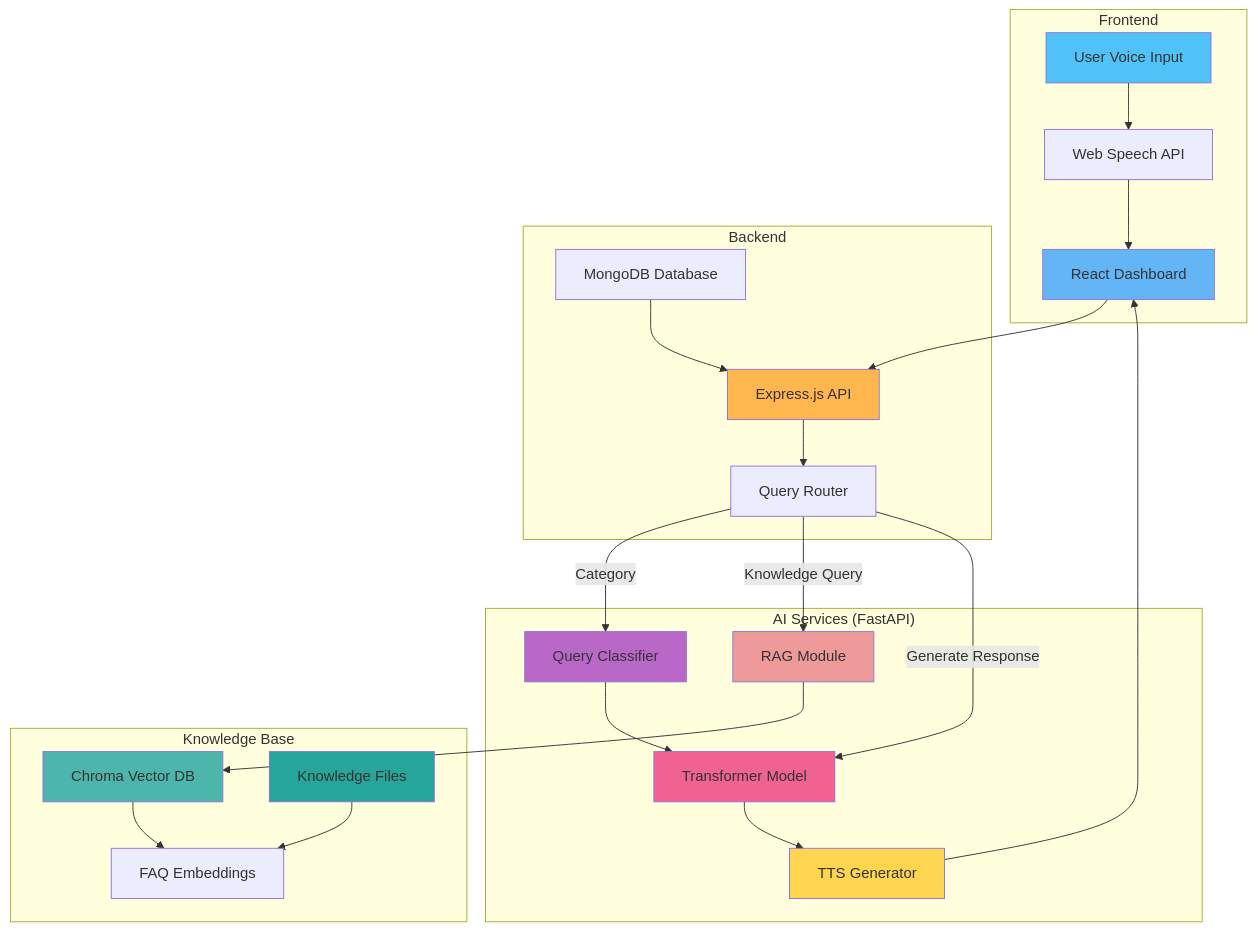
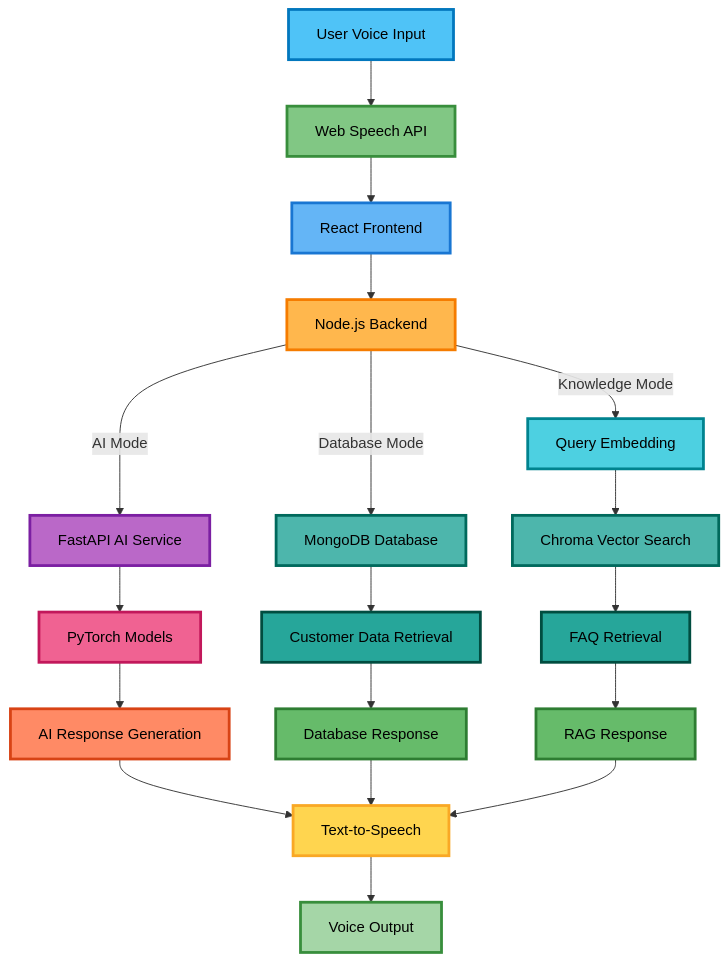
One commit to Thrishul08/TRAVIS changed the diagram in README.md. Above: the diagram before and after it, drawn with Mermaid. The commit also changed other lines of this file and 10 other files, not shown here.

````diff
--- a/README.md
+++ b/README.md
@@ -367,55 +526,42 @@
 ```mermaid
 graph TB
-    subgraph Frontend
-        A[User Voice Input]
-        B[Web Speech API]
-        C[React Dashboard]
-    end
-    
-    subgraph Backend
-        D[Express.js API]
-        E[Query Router]
-        J[MongoDB Database]
-    end
-    
-    subgraph AI_Services["AI Services (FastAPI)"]
-        F[Query Classifier]
-        G[RAG Module]
-        H[Transformer Model]
-        I[TTS Generator]
-    end
-    
-    subgraph Knowledge_Base["Knowledge Base"]
-        K[Chroma Vector DB]
-        L[FAQ Embeddings]
-        M[Knowledge Files]
-    end
-    
-    A --> B
-    B --> C
-    C --> D
-    D --> E
-    E -->|Category| F
-    E -->|Knowledge Query| G
-    E -->|Generate Response| H
-    
-    F --> H
-    G --> K
-    K --> L
-    M --> L
-    
-    H --> I
-    I --> C
-    
-    J --> D
-    
-    style A fill:#4fc3f7
-    style C fill:#64b5f6
-    style D fill:#ffb74d
-    style F fill:#ba68c8
-    style G fill:#ef9a9a
-    style H fill:#f06292
-    style I fill:#ffd54f
-    style K fill:#4db6ac
-    style M fill:#26a69a
+    A[User Voice Input] --> B[Web Speech API]
+    B --> C[React Frontend]
+    C --> D[Node.js Backend]
+
+    D --> |AI Mode| E[FastAPI AI Service]
+    D --> |Database Mode| J[MongoDB Database]
+    D --> |Knowledge Mode| P[Query Embedding]
+
+    E --> F[PyTorch Models]
+    F --> G[AI Response Generation]
+
+    J --> K[Customer Data Retrieval]
+    K --> L[Database Response]
+
+    P --> Q[Chroma Vector Search]
+    Q --> R[FAQ Retrieval]
+    R --> S[RAG Response]
+
+    G --> M[Text-to-Speech]
+    L --> M
+    S --> M
+    M --> N[Voice Output]
+
+    style A fill:#4fc3f7,stroke:#0277bd,stroke-width:3px,color:#000
+    style B fill:#81c784,stroke:#388e3c,stroke-width:3px,color:#000
+    style C fill:#64b5f6,stroke:#1976d2,stroke-width:3px,color:#000
+    style D fill:#ffb74d,stroke:#f57c00,stroke-width:3px,color:#000
+    style E fill:#ba68c8,stroke:#7b1fa2,stroke-width:3px,color:#000
+    style F fill:#f06292,stroke:#c2185b,stroke-width:3px,color:#000
+    style G fill:#ff8a65,stroke:#d84315,stroke-width:3px,color:#000
+    style J fill:#4db6ac,stroke:#00695c,stroke-width:3px,color:#000
+    style K fill:#26a69a,stroke:#004d40,stroke-width:3px,color:#000
+    style L fill:#66bb6a,stroke:#2e7d32,stroke-width:3px,color:#000
+    style P fill:#4dd0e1,stroke:#00838f,stroke-width:3px,color:#000
+    style Q fill:#4db6ac,stroke:#00695c,stroke-width:3px,color:#000
+    style R fill:#26a69a,stroke:#004d40,stroke-width:3px,color:#000
+    style S fill:#66bb6a,stroke:#2e7d32,stroke-width:3px,color:#000
+    style M fill:#ffd54f,stroke:#f9a825,stroke-width:3px,color:#000
+    style N fill:#a5d6a7,stroke:#388e3c,stroke-width:3px,color:#000
 ```
````
